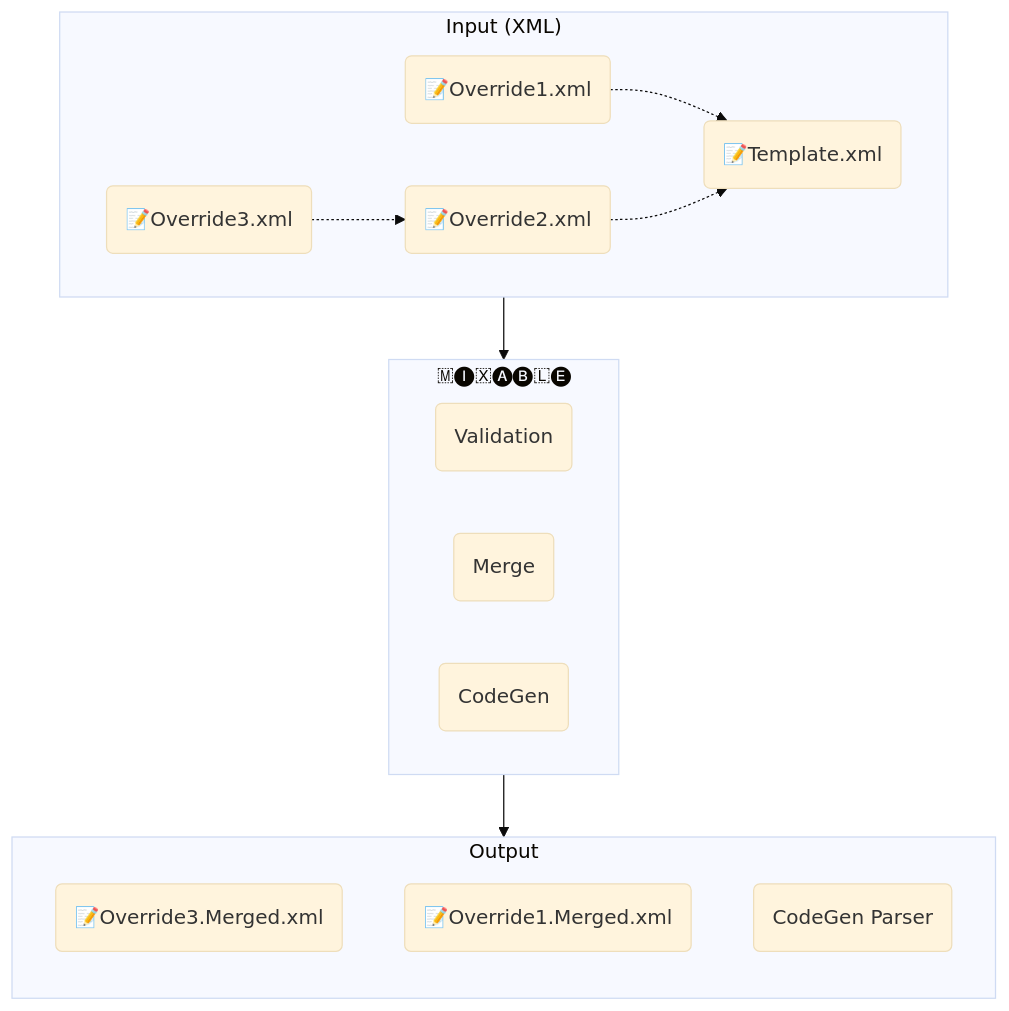
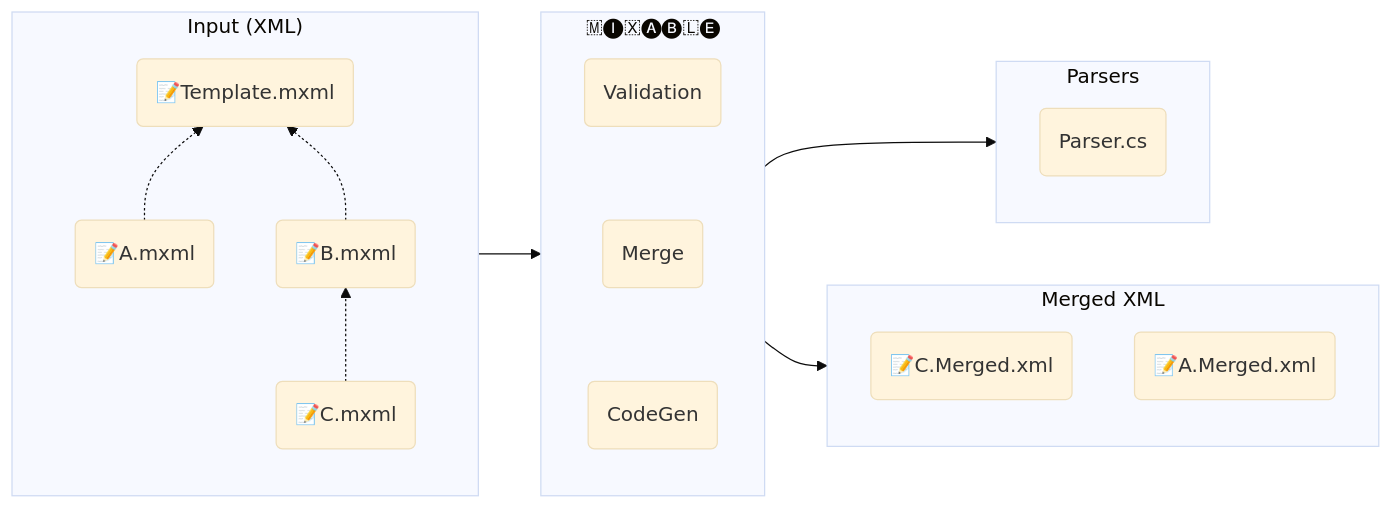
One commit to jamescourtney/Mixable changed the diagram in README.md. Above: the diagram before and after it, drawn with Mermaid (base theme). The commit also changed other lines of this file, not shown here.

````diff
--- a/README.md
+++ b/README.md
@@ -5,24 +5,29 @@
 ```mermaid
-flowchart TD
+flowchart LR
   subgraph XML ["Input (XML)"]
-    direction LR
-    ovr("📝Override1.xml") -.-> tmp("📝Template.xml")
-    ovr2("📝Override2.xml") -.-> tmp("📝Template.xml")
-    ovr3("📝Override3.xml") -.-> ovr2
+    direction BT
+    ovr("📝A.mxml") -.-> tmp("📝Template.mxml")
+    ovr2("📝B.mxml") -.-> tmp
+    ovr3("📝C.mxml") -.-> ovr2
   end
   
   subgraph Mixable ["🇲🅘🇽🅐🅑🇱🅔"]
-    mv("Validation")
-    mm("Merge")
-    mc("CodeGen")
+    direction TB
+    mv("Validation") --- mm("Merge") --- mc("CodeGen")
   end
   
-  subgraph Output
-    direction TB
-    ovr3merged("📝Override3.Merged.xml")
-    ovr1merged("📝Override1.Merged.xml")
-    code("CodeGen Parser")
+  subgraph Parsers
+    csharp("Parser.cs")
   end
   
-  XML --> Mixable --> Output
+  subgraph Merged ["Merged XML"]
+    direction TB
+    ovr3merged("📝C.Merged.xml")
+    ovr1merged("📝A.Merged.xml")
+  end
+  
+  XML --> Mixable --> Parsers & Merged
+  
+  linkStyle 3 stroke-width:0px;
+  linkStyle 4 stroke-width:0px;
 ```
````
